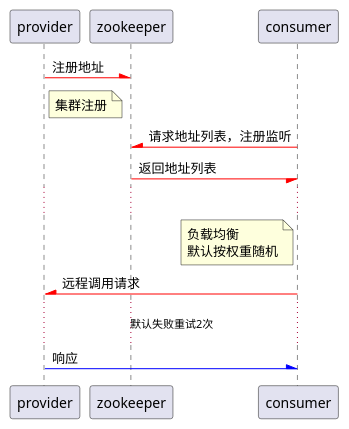
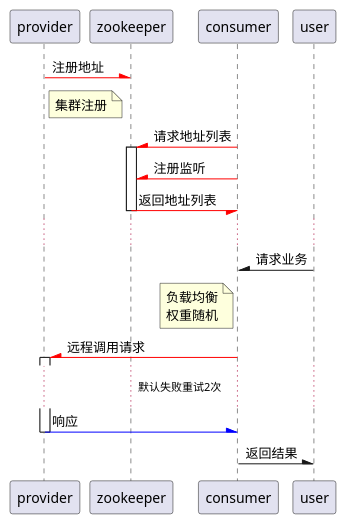
One commit to zhuliangcai/uml changed the diagram in dubbo/simple.puml. Above: the diagram before and after it, drawn with PlantUML.

Commit message:
dubbo简单流程图uml

```diff
--- a/dubbo/simple.puml
+++ b/dubbo/simple.puml
@@ -1,24 +1,36 @@
 @startuml
+
 
 provider -[#red]\ zookeeper : 注册地址
 note right of provider
  集群注册
 end note
-consumer -[#red]\ zookeeper : 请求地址列表，注册监听
+
+
+consumer -[#red]\ zookeeper : 请求地址列表
+activate zookeeper
+consumer -[#red]\ zookeeper : 注册监听
 
 consumer \-[#red] zookeeper : 返回地址列表
+deactivate zookeeper
+...
 
-...
+user -\ consumer : 请求业务
 
 note left of consumer
  负载均衡
- 默认按权重随机
+ 权重随机
 end note
-
 consumer -[#red]\ provider : 远程调用请求
+activate provider
 
 ... 默认失败重试2次 ...
 
 consumer /[#blue]- provider : 响应
+deactivate provider
+
+consumer -\ user : 返回结果
+
+
 
 @enduml
```
